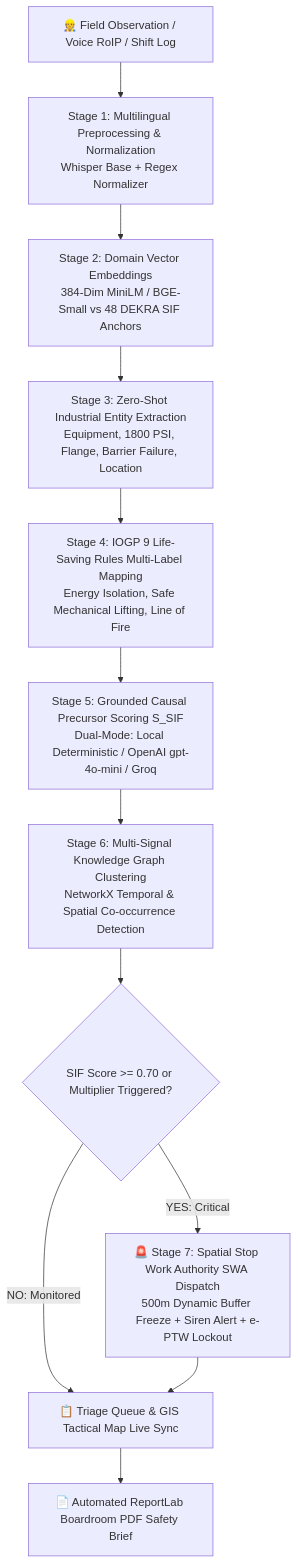
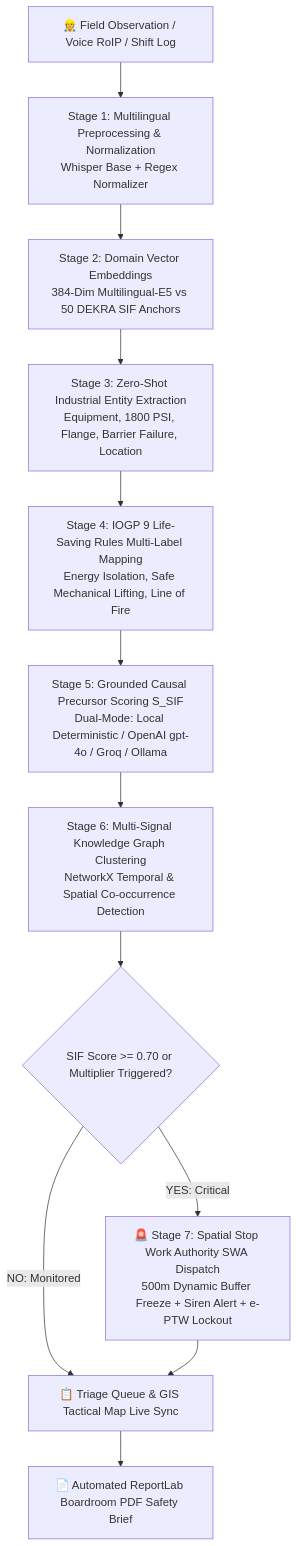
One commit to priy-anshugupta/Sanket-AI changed the diagram in README.md. Above: the diagram before and after it, drawn with Mermaid. The commit also changed other lines of this file and 4 other files, not shown here.

Commit message:
docs: update master documentation, 12-agent architecture, and SIH 2026 features guide

````diff
--- a/README.md
+++ b/README.md
@@ -36,21 +36,21 @@
 ```mermaid
 flowchart TD
     A[👷 Field Observation / Voice RoIP / Shift Log] --> B[Stage 1: Multilingual Preprocessing & Normalization
 Whisper Base + Regex Normalizer]
     B --> C[Stage 2: Domain Vector Embeddings
-384-Dim MiniLM / BGE-Small vs 48 DEKRA SIF Anchors]
+384-Dim Multilingual-E5 vs 50 DEKRA SIF Anchors]
     C --> D[Stage 3: Zero-Shot Industrial Entity Extraction
 Equipment, 1800 PSI, Flange, Barrier Failure, Location]
     D --> E[Stage 4: IOGP 9 Life-Saving Rules Multi-Label Mapping
 Energy Isolation, Safe Mechanical Lifting, Line of Fire]
     E --> F[Stage 5: Grounded Causal Precursor Scoring S_SIF
-Dual-Mode: Local Deterministic / OpenAI gpt-4o-mini / Groq]
+Dual-Mode: Local Deterministic / OpenAI gpt-4o / Groq / Ollama]
     F --> G[Stage 6: Multi-Signal Knowledge Graph Clustering
 NetworkX Temporal & Spatial Co-occurrence Detection]
     G --> H{SIF Score >= 0.70 or Multiplier Triggered?}
     H -- YES: Critical --> I[🚨 Stage 7: Spatial Stop Work Authority SWA Dispatch
 500m Dynamic Buffer Freeze + Siren Alert + e-PTW Lockout]
     H -- NO: Monitored --> J[📋 Triage Queue & GIS Tactical Map Live Sync]
     I --> J
     J --> K[📄 Automated ReportLab Boardroom PDF Safety Brief]
 ```
````
